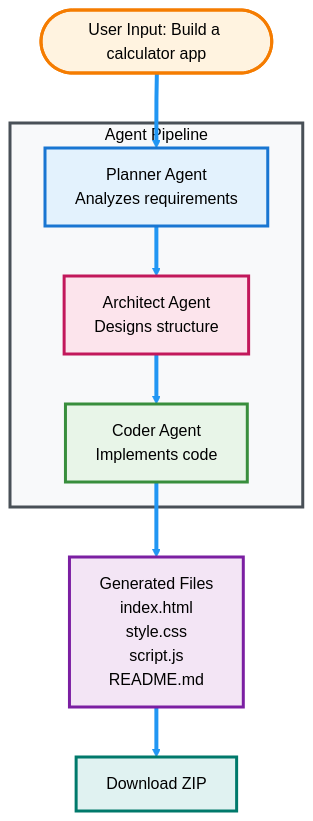
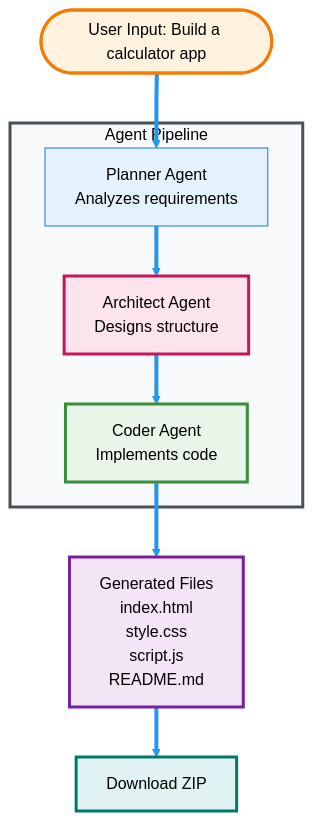
Before and after one commit to KshitizCodeHub/Architect_AI: the diagram in README.md, drawn with Mermaid.

````diff
--- a/README.md
+++ b/README.md
@@ -16,27 +16,27 @@
 ```mermaid
 flowchart TD
     Start([User Input: Build a calculator app]) --> Planner
     
     subgraph Pipeline [Agent Pipeline]
         Planner[Planner Agent<br/>Analyzes requirements] --> Architect
         Architect[Architect Agent<br/>Designs structure] --> Coder
         Coder[Coder Agent<br/>Implements code]
     end
     
     Coder --> Files[Generated Files<br/>index.html<br/>style.css<br/>script.js<br/>README.md]
     Files --> Download[Download ZIP]
     
-    style Planner fill:#e3f2fd,stroke:#1976d2,stroke-width:3px,color:#000
+    style Planner fill:#e3f2fd,stroke:#1976d2,stroke-width:1px,color:#000
     style Architect fill:#fce4ec,stroke:#c2185b,stroke-width:3px,color:#000
     style Coder fill:#e8f5e8,stroke:#388e3c,stroke-width:3px,color:#000
     style Pipeline fill:#f8f9fa,stroke:#495057,stroke-width:3px,color:#000
     style Start fill:#fff3e0,stroke:#f57c00,stroke-width:3px,color:#000
     style Files fill:#f3e5f5,stroke:#7b1fa2,stroke-width:3px,color:#000
     style Download fill:#e0f2f1,stroke:#00796b,stroke-width:3px,color:#000
     
     linkStyle 0 stroke:#2196f3,stroke-width:4px
     linkStyle 1 stroke:#2196f3,stroke-width:4px
     linkStyle 2 stroke:#2196f3,stroke-width:4px
     linkStyle 3 stroke:#2196f3,stroke-width:4px
     linkStyle 4 stroke:#2196f3,stroke-width:4px
 ```
````
